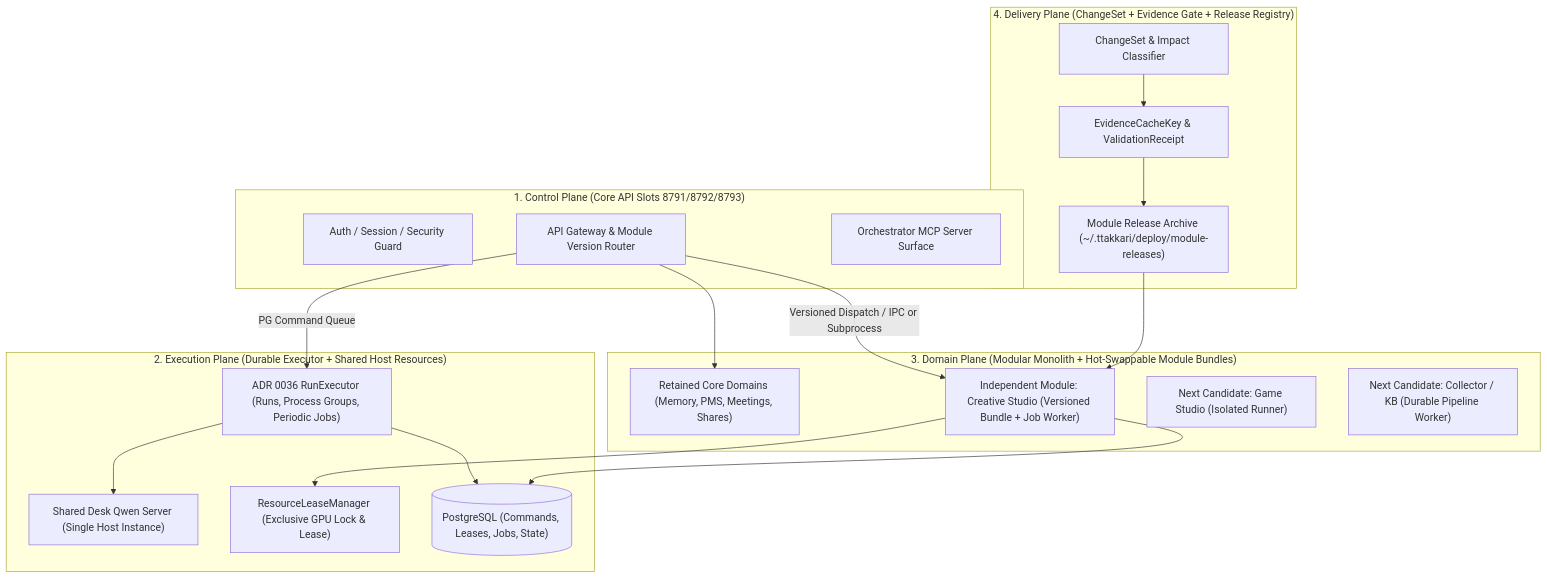
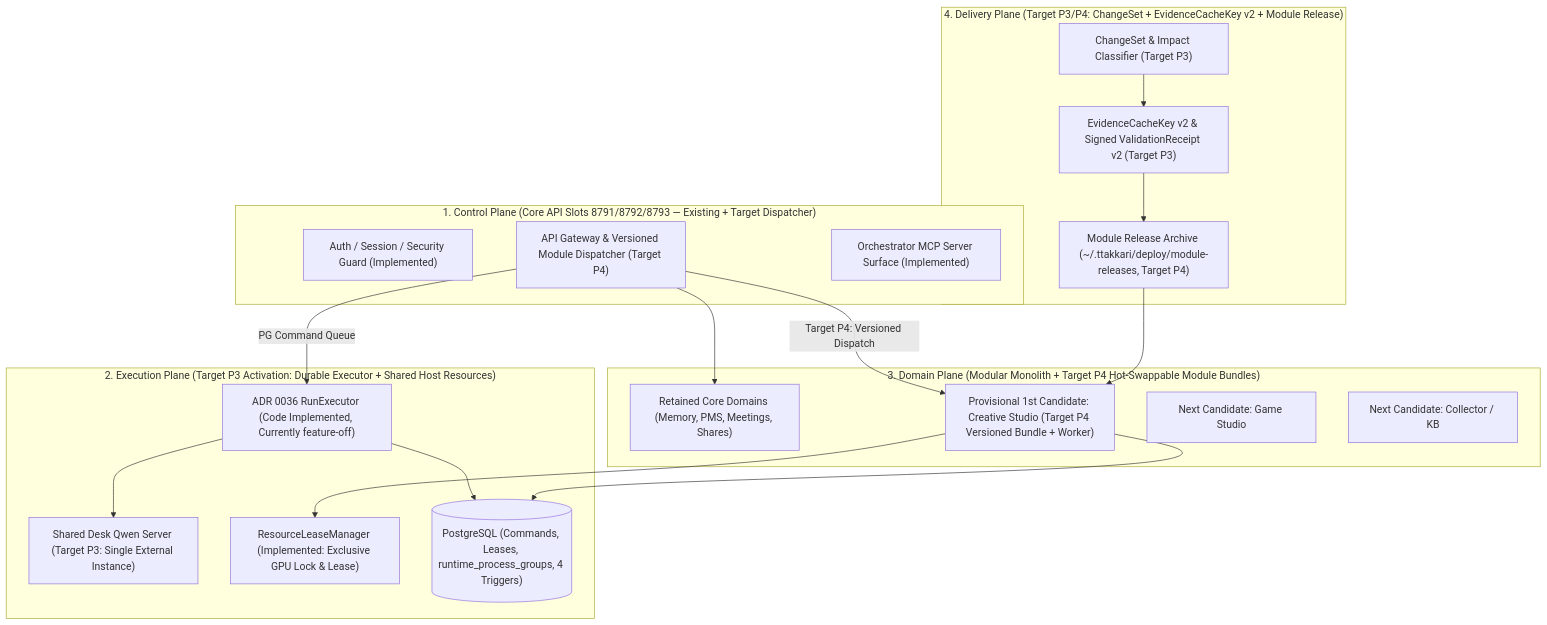
Before and after one commit to winterholic/winterholic-ttakkari-back: the diagram in docs/design/platform-v2/architecture-options.md, drawn with Mermaid. The commit also changed other lines of this file and 5 other files, not shown here.

Commit message:
docs(platform-v2): reconcile Worker A runtime/delivery audit with independent verification 93af9ef6

````diff
--- a/docs/design/platform-v2/architecture-options.md
+++ b/docs/design/platform-v2/architecture-options.md
@@ -40,37 +40,37 @@
 ```mermaid
 flowchart TB
-    subgraph ControlPlane["1. Control Plane (Core API Slots 8791/8792/8793)"]
-        Auth["Auth / Session / Security Guard"]
-        Router["API Gateway & Module Version Router"]
-        MCP["Orchestrator MCP Server Surface"]
+    subgraph ControlPlane["1. Control Plane (Core API Slots 8791/8792/8793 — Existing + Target Dispatcher)"]
+        Auth["Auth / Session / Security Guard (Implemented)"]
+        Router["API Gateway & Versioned Module Dispatcher (Target P4)"]
+        MCP["Orchestrator MCP Server Surface (Implemented)"]
     end
 
-    subgraph DeliveryPlane["4. Delivery Plane (ChangeSet + Evidence Gate + Release Registry)"]
-        CS["ChangeSet & Impact Classifier"]
-        EV["EvidenceCacheKey & ValidationReceipt"]
-        MR["Module Release Archive (~/.ttakkari/deploy/module-releases)"]
+    subgraph DeliveryPlane["4. Delivery Plane (Target P3/P4: ChangeSet + EvidenceCacheKey v2 + Module Release)"]
+        CS["ChangeSet & Impact Classifier (Target P3)"]
+        EV["EvidenceCacheKey v2 & Signed ValidationReceipt v2 (Target P3)"]
+        MR["Module Release Archive (~/.ttakkari/deploy/module-releases, Target P4)"]
     end
 
-    subgraph ExecutionPlane["2. Execution Plane (Durable Executor + Shared Host Resources)"]
-        Exec["ADR 0036 RunExecutor (Runs, Process Groups, Periodic Jobs)"]
-        Qwen["Shared Desk Qwen Server (Single Host Instance)"]
-        GPU["ResourceLeaseManager (Exclusive GPU Lock & Lease)"]
-        PG[("PostgreSQL (Commands, Leases, Jobs, State)")]
+    subgraph ExecutionPlane["2. Execution Plane (Target P3 Activation: Durable Executor + Shared Host Resources)"]
+        Exec["ADR 0036 RunExecutor (Code Implemented, Currently feature-off)"]
+        Qwen["Shared Desk Qwen Server (Target P3: Single External Instance)"]
+        GPU["ResourceLeaseManager (Implemented: Exclusive GPU Lock & Lease)"]
+        PG[("PostgreSQL (Commands, Leases, runtime_process_groups, 4 Triggers)")]
     end
 
-    subgraph DomainPlane["3. Domain Plane (Modular Monolith + Hot-Swappable Module Bundles)"]
+    subgraph DomainPlane["3. Domain Plane (Modular Monolith + Target P4 Hot-Swappable Module Bundles)"]
         CoreDom["Retained Core Domains (Memory, PMS, Meetings, Shares)"]
-        ModCreative["Independent Module: Creative Studio (Versioned Bundle + Job Worker)"]
-        ModGames["Next Candidate: Game Studio (Isolated Runner)"]
-        ModCollector["Next Candidate: Collector / KB (Durable Pipeline Worker)"]
+        ModCreative["Provisional 1st Candidate: Creative Studio (Target P4 Versioned Bundle + Worker)"]
+        ModGames["Next Candidate: Game Studio"]
+        ModCollector["Next Candidate: Collector / KB"]
     end
 
     Router --> CoreDom
-    Router -->|"Versioned Dispatch / IPC or Subprocess"| ModCreative
+    Router -->|"Target P4: Versioned Dispatch"| ModCreative
     Router -->|"PG Command Queue"| Exec
     CS --> EV --> MR --> ModCreative
     Exec --> PG
     Exec --> Qwen
     ModCreative --> GPU
     ModCreative --> PG
 ```
````
